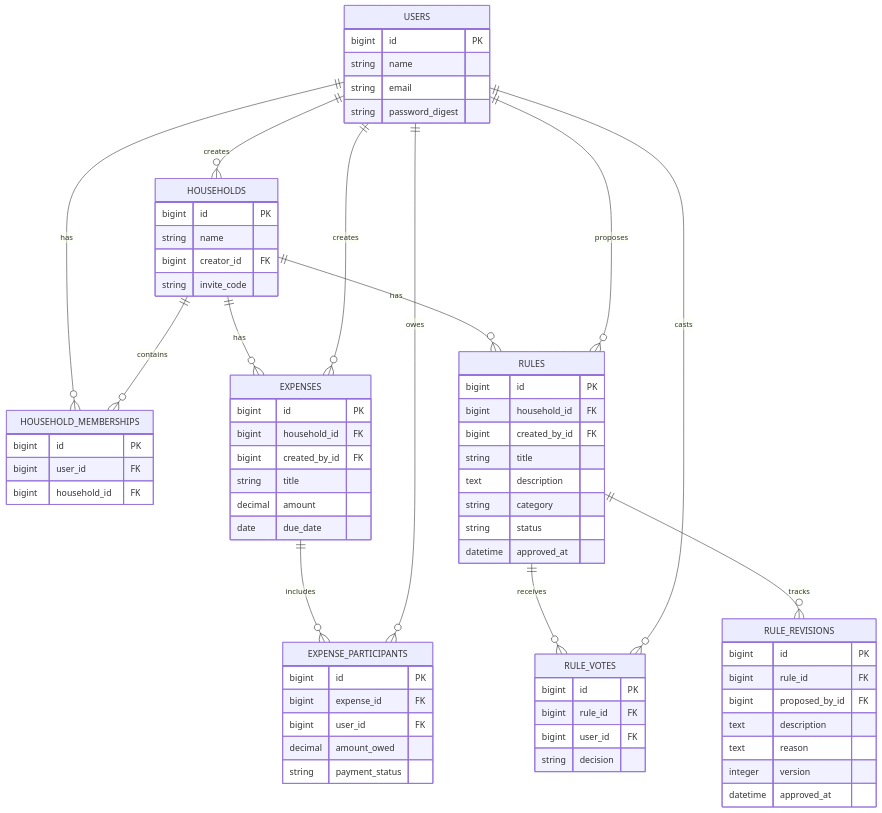
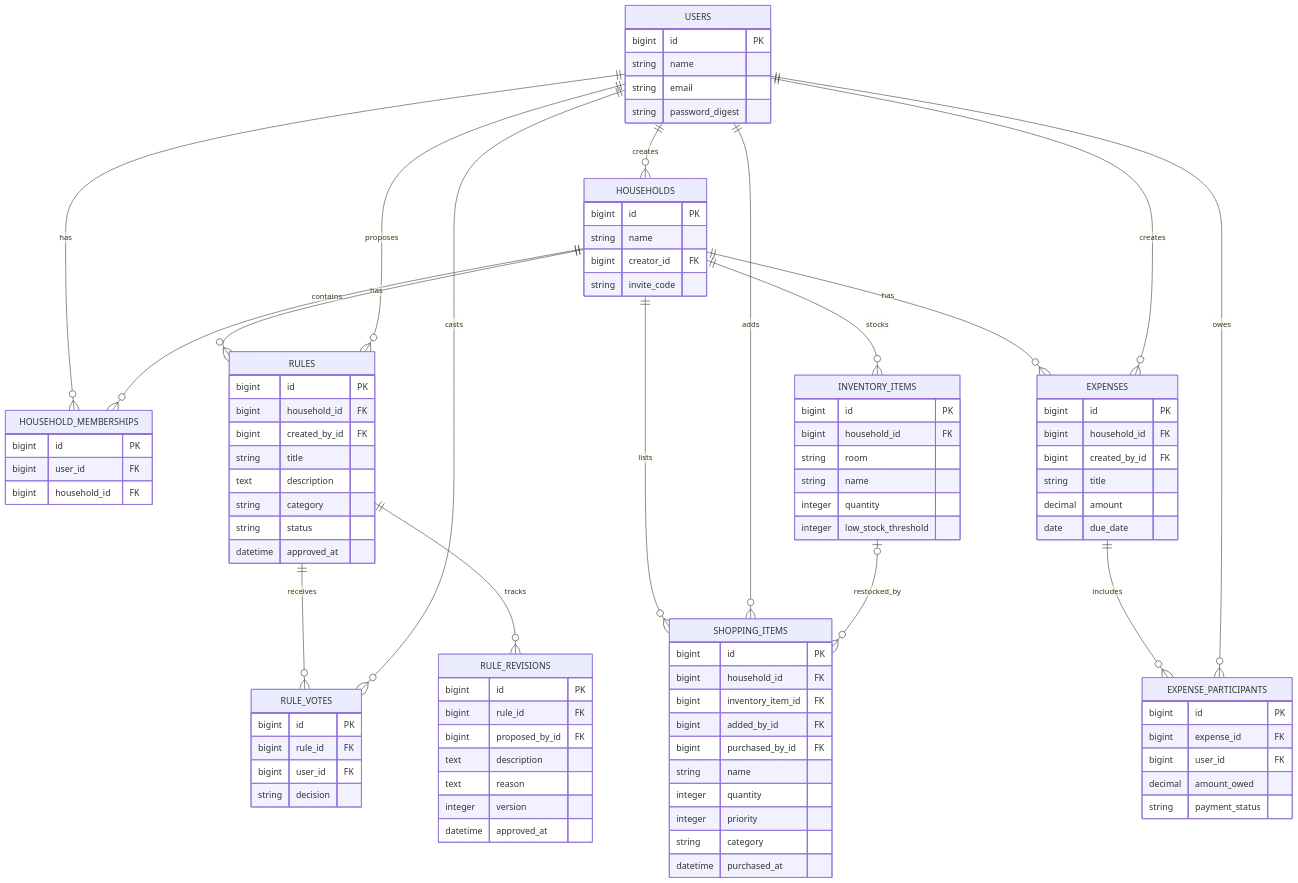
One commit to tamu-edu-students/team-water-final-project-Fall-2026-CSCE-606 changed the second of 2 diagrams in README.md. Above: the diagram before and after it, drawn with Mermaid. The commit also changed other lines of this file and 26 other files, not shown here.

````diff
--- a/README.md
+++ b/README.md
@@ -131,6 +131,10 @@
     RULES ||--o{ RULE_VOTES : receives
     USERS ||--o{ RULE_VOTES : casts
     RULES ||--o{ RULE_REVISIONS : tracks
+    HOUSEHOLDS ||--o{ INVENTORY_ITEMS : stocks
+    HOUSEHOLDS ||--o{ SHOPPING_ITEMS : lists
+    USERS ||--o{ SHOPPING_ITEMS : adds
+    INVENTORY_ITEMS |o--o{ SHOPPING_ITEMS : restocked_by
 
     USERS {
         bigint id PK
@@ -196,4 +200,26 @@
         integer version
         datetime approved_at
     }
+
+    INVENTORY_ITEMS {
+        bigint id PK
+        bigint household_id FK
+        string room
+        string name
+        integer quantity
+        integer low_stock_threshold
+    }
+
+    SHOPPING_ITEMS {
+        bigint id PK
+        bigint household_id FK
+        bigint inventory_item_id FK
+        bigint added_by_id FK
+        bigint purchased_by_id FK
+        string name
+        integer quantity
+        integer priority
+        string category
+        datetime purchased_at
+    }
 ```
````
